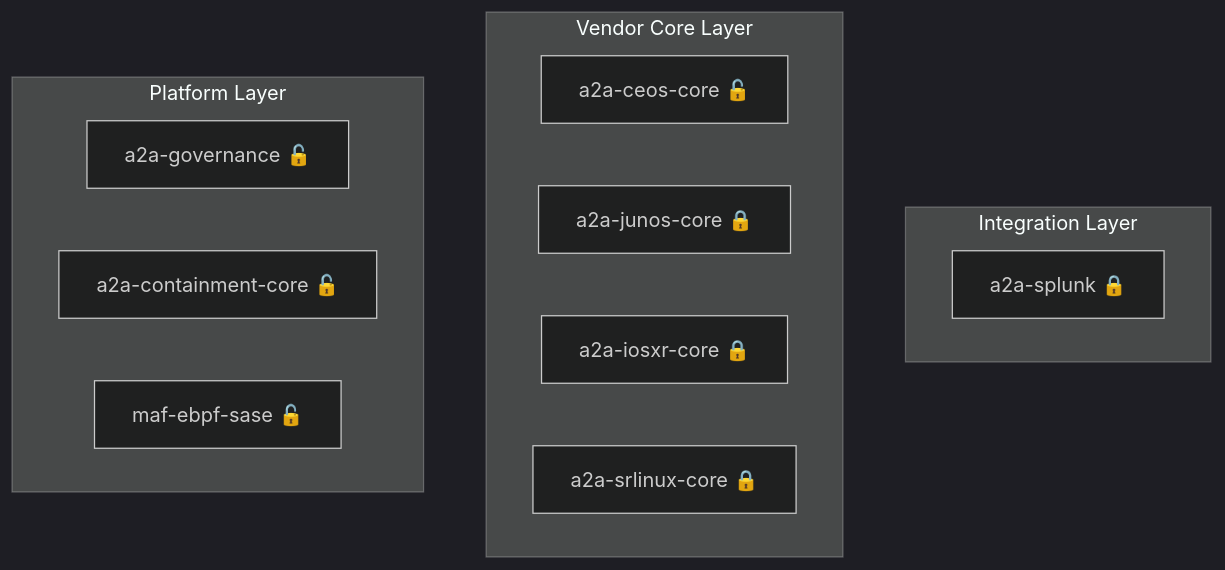
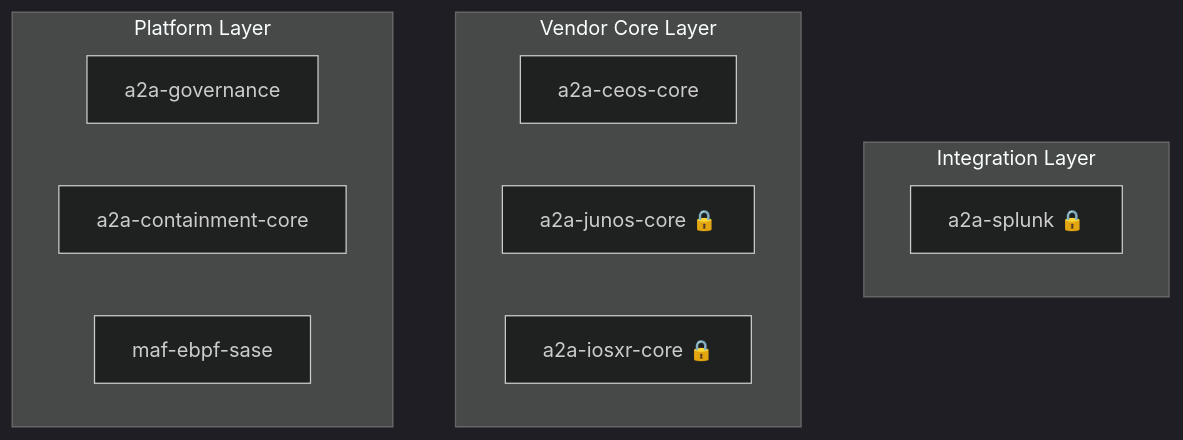
The diagram in README.md (hidemi-k/hidemi-k), drawn with Mermaid (dark theme) before and after one commit. The commit also changed other lines of this file, not shown here.

````diff
--- a/README.md
+++ b/README.md
@@ -20,20 +20,19 @@
 ```mermaid
 graph TD
 
     subgraph Integrations ["Integration Layer"]
         Splunk["a2a-splunk 🔒"]
     end
 
     subgraph A2A_Vendor_Cores ["Vendor Core Layer"]
-        Ceos["a2a-ceos-core 🔓"]
+        Ceos["a2a-ceos-core"]
         Junos["a2a-junos-core 🔒"]
         IOSXR["a2a-iosxr-core 🔒"]
-        SRLinux["a2a-srlinux-core 🔒"]
     end
 
     subgraph A2A_Suite ["Platform Layer"]
-        Gov["a2a-governance 🔓"]
-        Contain["a2a-containment-core 🔓"]
-        SASE["maf-ebpf-sase 🔓"]
+        Gov["a2a-governance"]
+        Contain["a2a-containment-core"]
+        SASE["maf-ebpf-sase"]
     end
 ```
````
